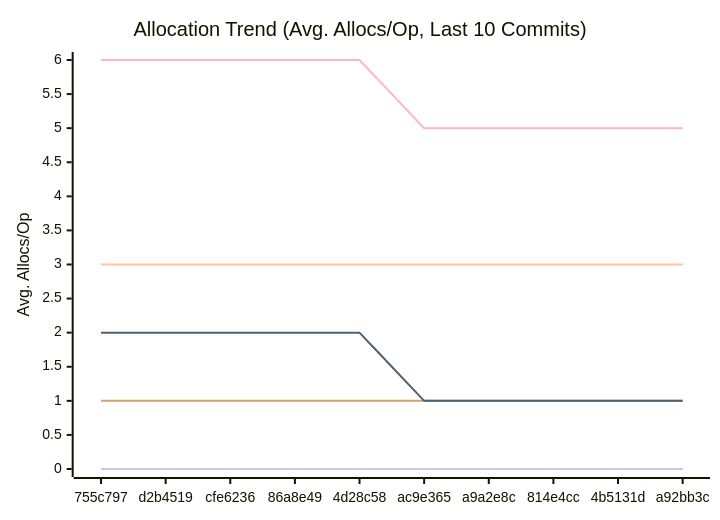
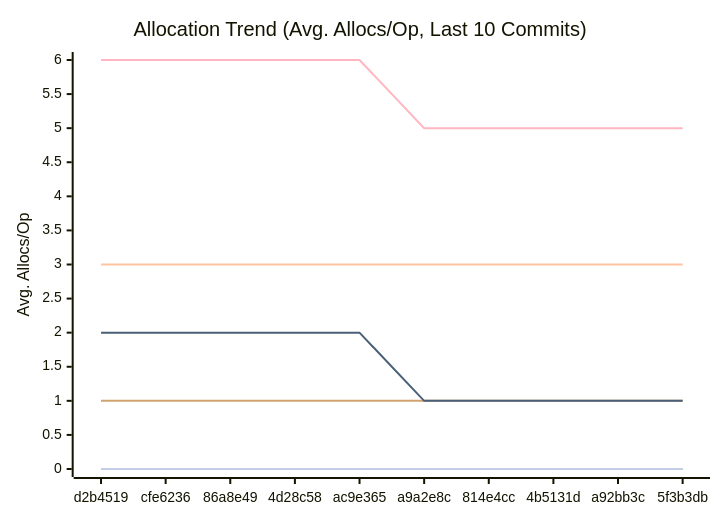
Before and after one commit to alsotoes/momo: the third of 3 diagrams in docs/PERFORMANCE.md, drawn with Mermaid. The commit also changed other lines of this file and 3 other files, not shown here.

````diff
--- a/docs/PERFORMANCE.md
+++ b/docs/PERFORMANCE.md
@@ -114,16 +114,16 @@
 ```mermaid
 xychart-beta
     title "Allocation Trend (Avg. Allocs/Op, Last 10 Commits)"
     x-axis "Commit"
     y-axis "Avg. Allocs/Op"
-    x-axis [755c797,d2b4519,cfe6236,86a8e49,4d28c58,ac9e365,a9a2e8c,814e4cc,4b5131d,a92bb3c]
+    x-axis [d2b4519,cfe6236,86a8e49,4d28c58,ac9e365,a9a2e8c,814e4cc,4b5131d,a92bb3c,5f3b3db]
     line "CheckMetricsAndSwap" [0,0,0,0,0,0,0,0,0,0]
     line "CrushOptimized" [0,0,0,0,0,0,0,0,0,0]
     line "CrushOriginal" [3,3,3,3,3,3,3,3,3,3]
     line "IndexDirectTracking" [0,0,0,0,0,0,0,0,0,0]
     line "IndexSearch" [0,0,0,0,0,0,0,0,0,0]
     line "LoadGlobalConfig" [1,1,1,1,1,1,1,1,1,1]
     line "PadString" [0,0,0,0,0,0,0,0,0,0]
     line "ParseReplicationOrder_NoPrealloc" [6,6,6,6,6,5,5,5,5,5]
     line "ParseReplicationOrder_Prealloc" [2,2,2,2,2,1,1,1,1,1]
 ```
````
